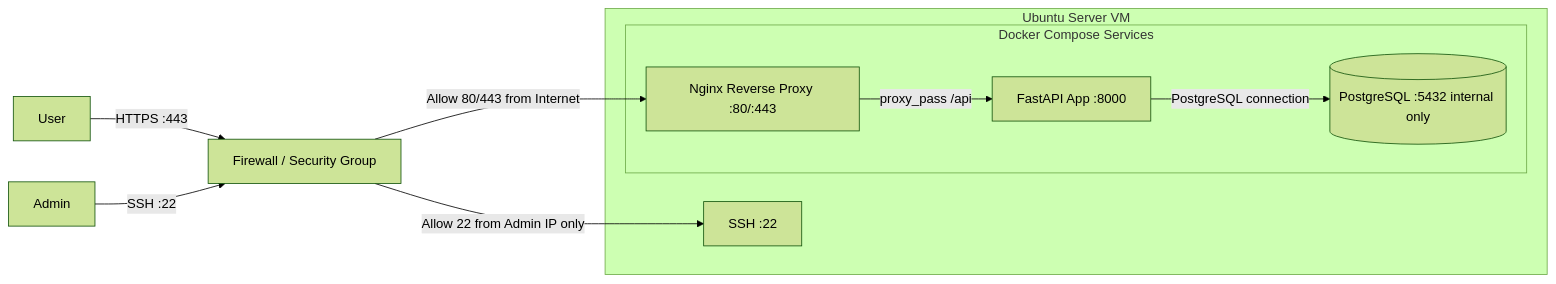
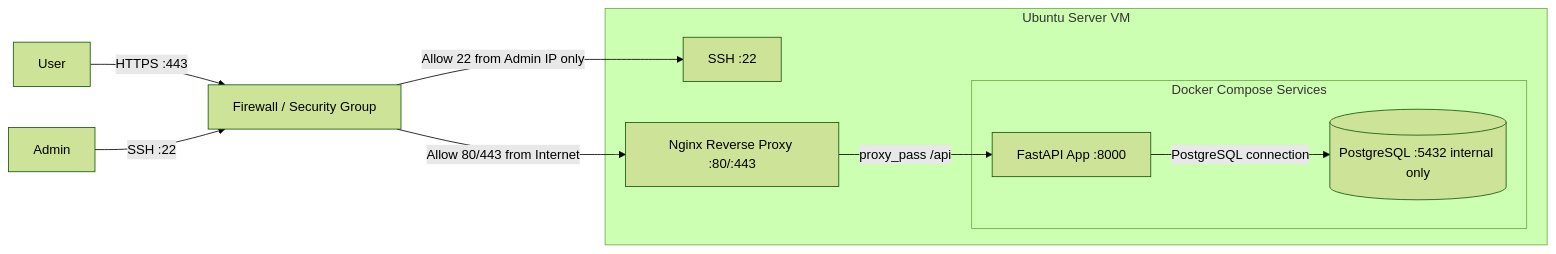
The diagram in docs/architecture.md (BrianGelhorn/InfraLabSingleVM), drawn with Mermaid (forest theme) before and after one commit.

Commit message:
Changed Nginx group

````diff
--- a/docs/architecture.md
+++ b/docs/architecture.md
@@ -2,26 +2,25 @@
 ```mermaid
 flowchart LR
     Admin[Admin]
     User[User]
 
     FW[Firewall / Security Group]
 
     subgraph VM[Ubuntu Server VM]
         SSH[SSH :22]
-
+        Nginx[Nginx Reverse Proxy :80/:443]
         subgraph Compose[Docker Compose Services]
-            Nginx[Nginx Reverse Proxy :80/:443]
             App[FastAPI App :8000]
             DB[(PostgreSQL :5432 internal only)]
         end
     end
 
     User -->|HTTPS :443| FW
     Admin -->|SSH :22| FW
 
     FW -->|Allow 80/443 from Internet| Nginx
     FW -->|Allow 22 from Admin IP only| SSH
 
     Nginx -->|proxy_pass /api| App
     App -->|PostgreSQL connection| DB
 ```
````
